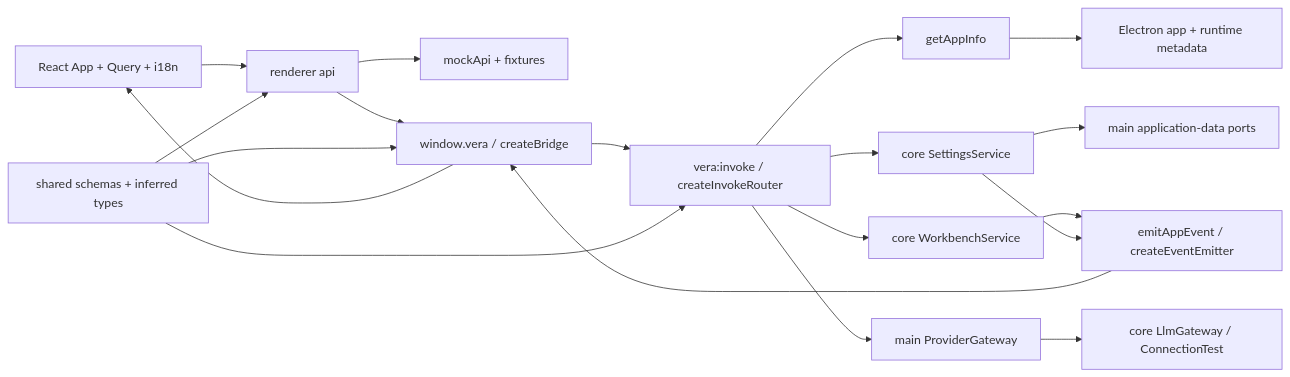
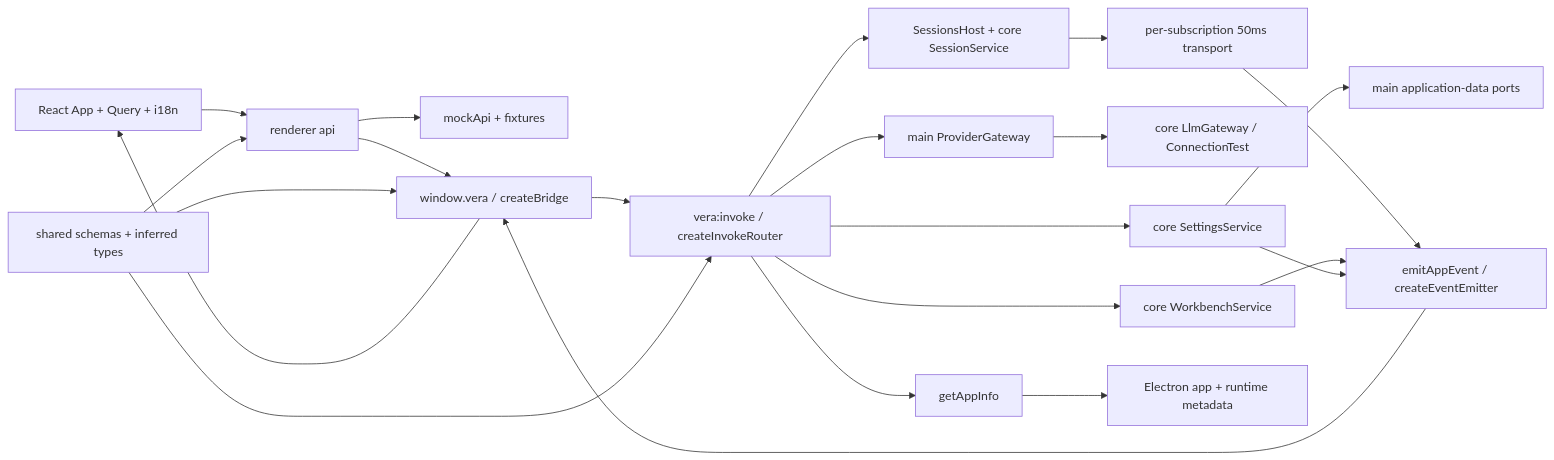
The diagram in .agentic/knowledge/ipc-boundary.md (DDP-Engineering/2026_Virtual_Embedded_Rig_Assistant), drawn with Mermaid before and after one commit. The commit also changed other lines of this file and 58 other files, not shown here.

First line of the commit message:
feat(core): implement WP-13 session engine (#13, TASK-01bfaca7)

````diff
--- a/.agentic/knowledge/ipc-boundary.md
+++ b/.agentic/knowledge/ipc-boundary.md
@@ -75,21 +77,24 @@
 ```mermaid
 flowchart LR
   UI[React App + Query + i18n] --> API[renderer api]
   API --> MOCK[mockApi + fixtures]
   API --> PRE[window.vera / createBridge]
   PRE --> ROUTER[vera:invoke / createInvokeRouter]
   ROUTER --> INFO[getAppInfo]
   ROUTER --> SETTINGS[core SettingsService]
   ROUTER --> GATEWAY[main ProviderGateway]
   GATEWAY --> LLM[core LlmGateway / ConnectionTest]
   ROUTER --> WORKBENCH[core WorkbenchService]
+  ROUTER --> SESSIONS[SessionsHost + core SessionService]
+  SESSIONS --> COALESCE[per-subscription 50ms transport]
+  COALESCE --> EMIT
   WORKBENCH --> EMIT
   SETTINGS --> PORTS[main application-data ports]
   SETTINGS --> EMIT
   INFO --> HOST[Electron app + runtime metadata]
   EMIT[emitAppEvent / createEventEmitter] --> PRE
   PRE --> UI
   SHARED[shared schemas + inferred types] --> ROUTER
   SHARED --> PRE
   SHARED --> API
 ```
````
